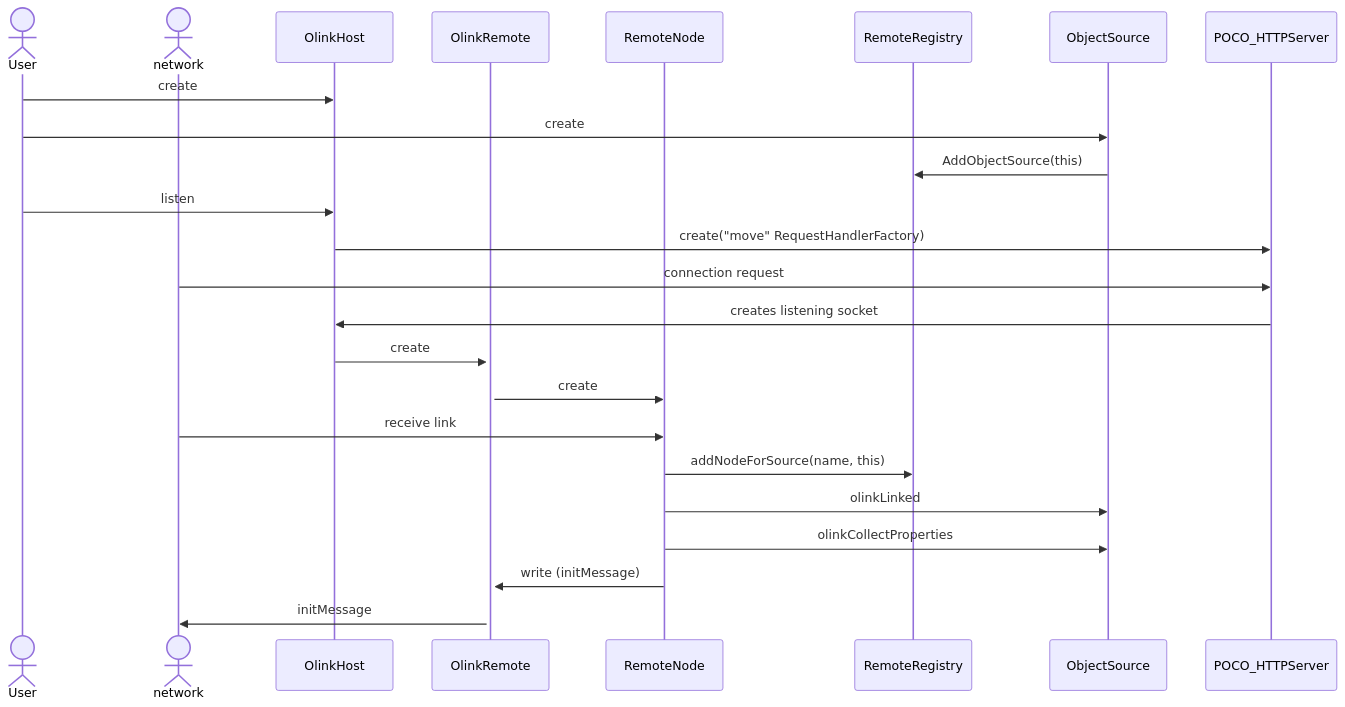
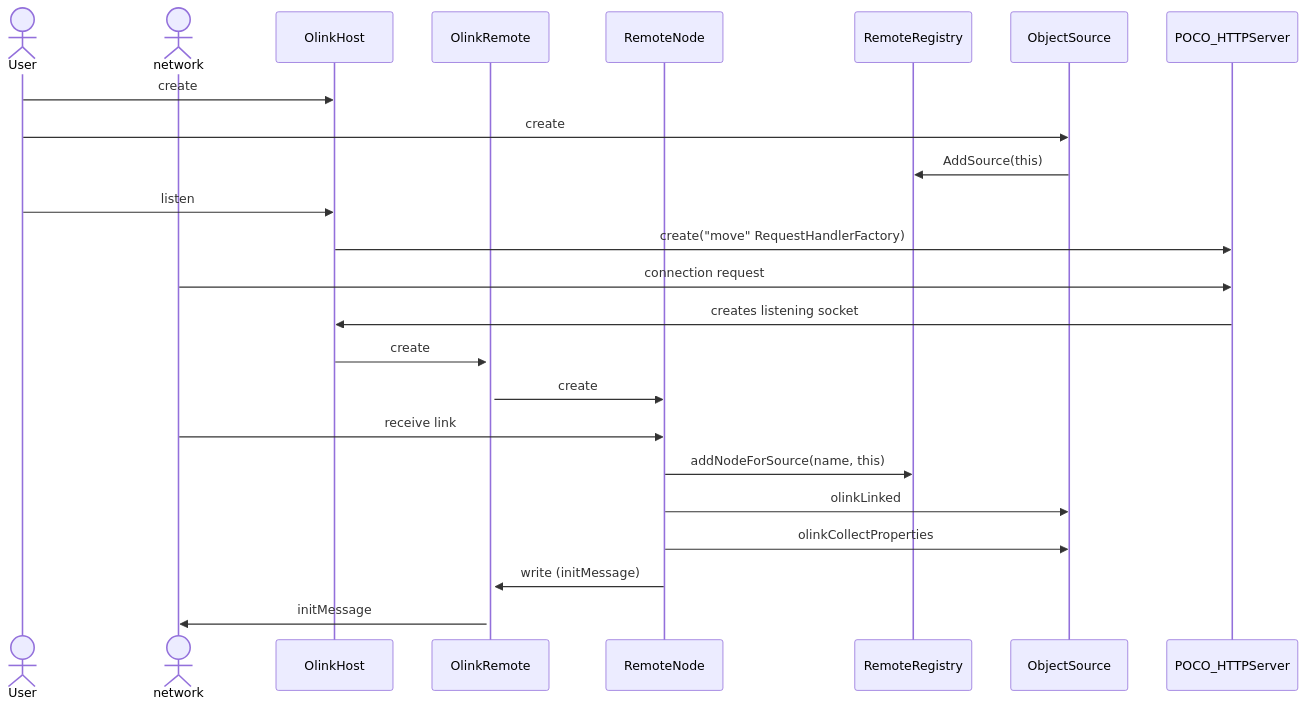
The fifth of 9 diagrams in templates/Lifecycle for olink client-server implementation.md (apigear-io/template-cpp14), drawn with Mermaid before and after one commit. The commit also changed 1 other file, not shown here.

Commit message:
fixes after review

````diff
--- a/templates/Lifecycle for olink client-server implementation.md
+++ b/templates/Lifecycle for olink client-server implementation.md
@@ -133,28 +133,28 @@
 ```mermaid
 sequenceDiagram
 
 actor User
 actor network
 participant OlinkHost
 participant OlinkRemote
 participant RemoteNode
 participant RemoteRegistry
 participant ObjectSource
 participant POCO_HTTPServer
 
 User ->> OlinkHost : create
 User ->>ObjectSource : create
-ObjectSource ->> RemoteRegistry : AddObjectSource(this)
+ObjectSource ->> RemoteRegistry : AddSource(this)
 User ->> OlinkHost: listen
 OlinkHost ->> POCO_HTTPServer: create("move" RequestHandlerFactory)
 network ->> POCO_HTTPServer : connection request
 POCO_HTTPServer ->> OlinkHost : creates listening socket
 OlinkHost ->>+ OlinkRemote : create
 OlinkRemote ->> RemoteNode : create
 network ->> RemoteNode: receive link
 RemoteNode ->> RemoteRegistry : addNodeForSource(name, this)
 RemoteNode ->>ObjectSource : olinkLinked
 RemoteNode ->>ObjectSource : olinkCollectProperties
 RemoteNode ->>OlinkRemote : write (initMessage)
 OlinkRemote ->> network : initMessage
 ```
````
